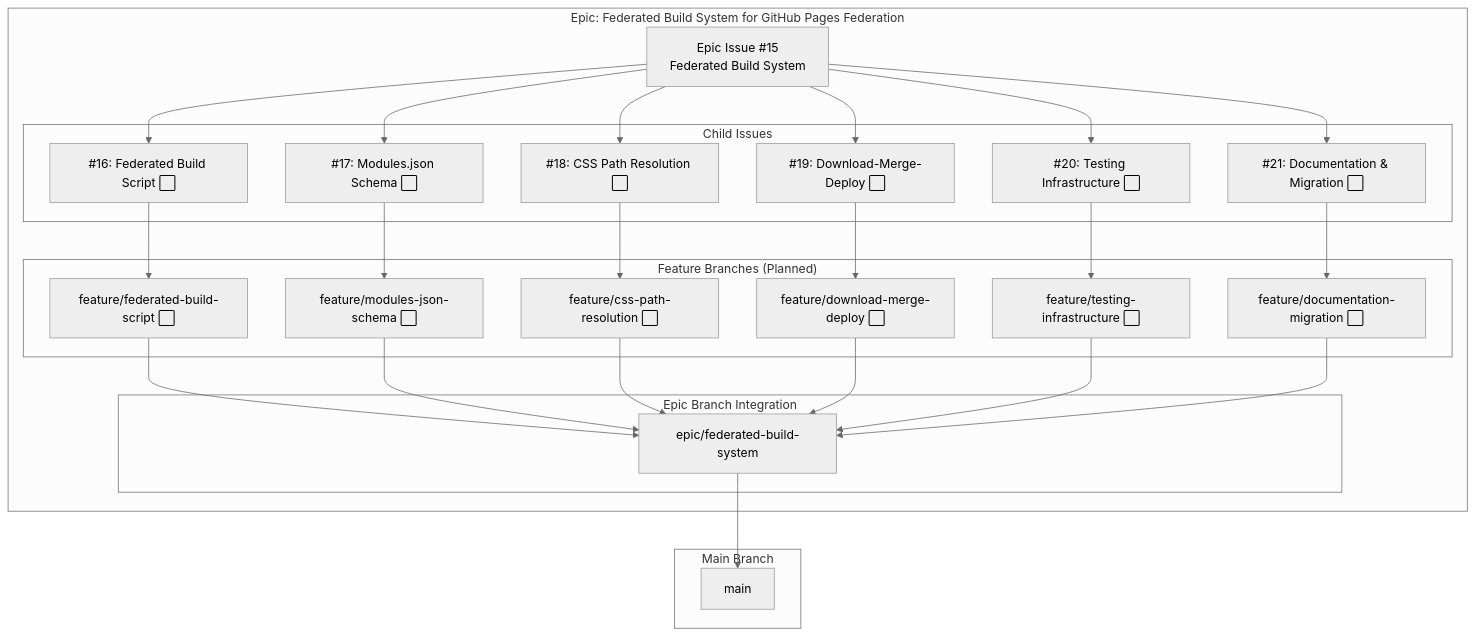
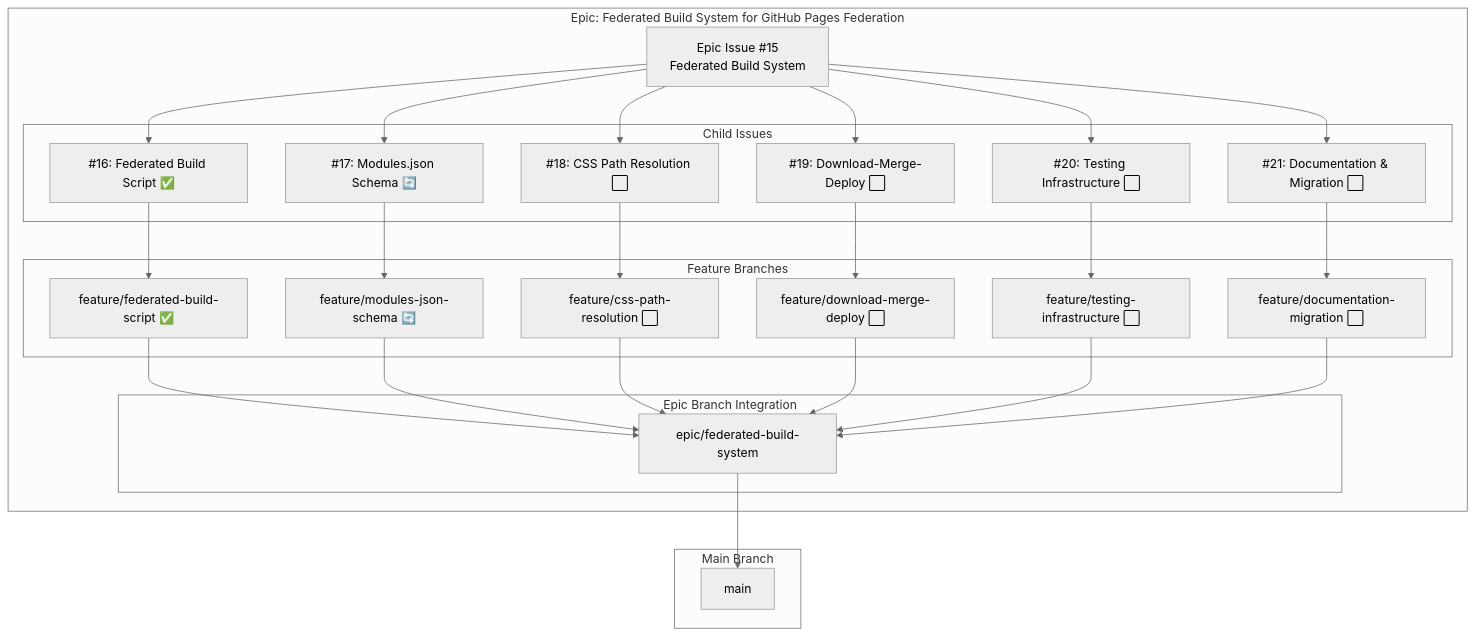
One commit to info-tech-io/hugo-templates changed the first of 7 diagrams in docs/proposals/epic-15-federated-build-system/progress.md. Above: the diagram before and after it, drawn with Mermaid (neutral theme). The commit also changed other lines of this file, not shown here.

````diff
--- a/docs/proposals/epic-15-federated-build-system/progress.md
+++ b/docs/proposals/epic-15-federated-build-system/progress.md
@@ -5,55 +5,55 @@
 ```mermaid
 graph TB
     subgraph "Epic: Federated Build System for GitHub Pages Federation"
         E[Epic Issue #15<br/>Federated Build System]
 
         subgraph "Child Issues"
-            C1[#16: Federated Build Script ⬜]
-            C2[#17: Modules.json Schema ⬜]
+            C1[#16: Federated Build Script ✅]
+            C2[#17: Modules.json Schema 🔄]
             C3[#18: CSS Path Resolution ⬜]
             C4[#19: Download-Merge-Deploy ⬜]
             C5[#20: Testing Infrastructure ⬜]
             C6[#21: Documentation & Migration ⬜]
         end
 
-        subgraph "Feature Branches (Planned)"
-            F1[feature/federated-build-script ⬜]
-            F2[feature/modules-json-schema ⬜]
+        subgraph "Feature Branches"
+            F1[feature/federated-build-script ✅]
+            F2[feature/modules-json-schema 🔄]
             F3[feature/css-path-resolution ⬜]
             F4[feature/download-merge-deploy ⬜]
             F5[feature/testing-infrastructure ⬜]
             F6[feature/documentation-migration ⬜]
         end
 
         subgraph "Epic Branch Integration"
             EB[epic/federated-build-system]
         end
 
         E --> C1
         E --> C2
         E --> C3
         E --> C4
         E --> C5
         E --> C6
 
         C1 --> F1
         C2 --> F2
         C3 --> F3
         C4 --> F4
         C5 --> F5
         C6 --> F6
 
         F1 --> EB
         F2 --> EB
         F3 --> EB
         F4 --> EB
         F5 --> EB
         F6 --> EB
     end
 
     subgraph "Main Branch"
         M[main]
     end
 
     EB --> M
 ```
````
